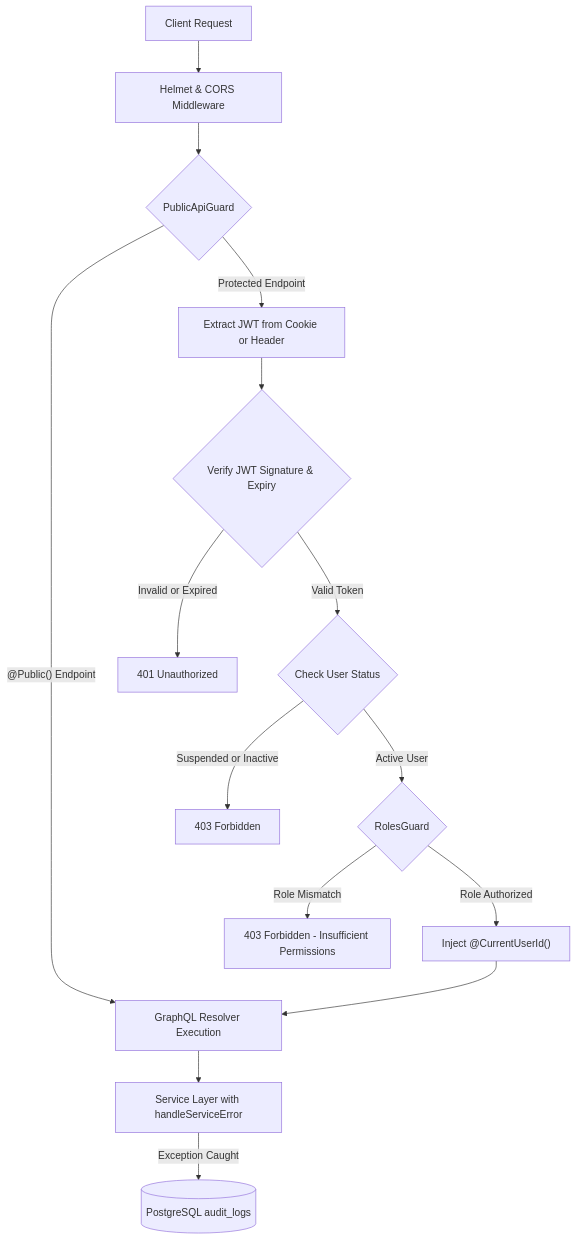
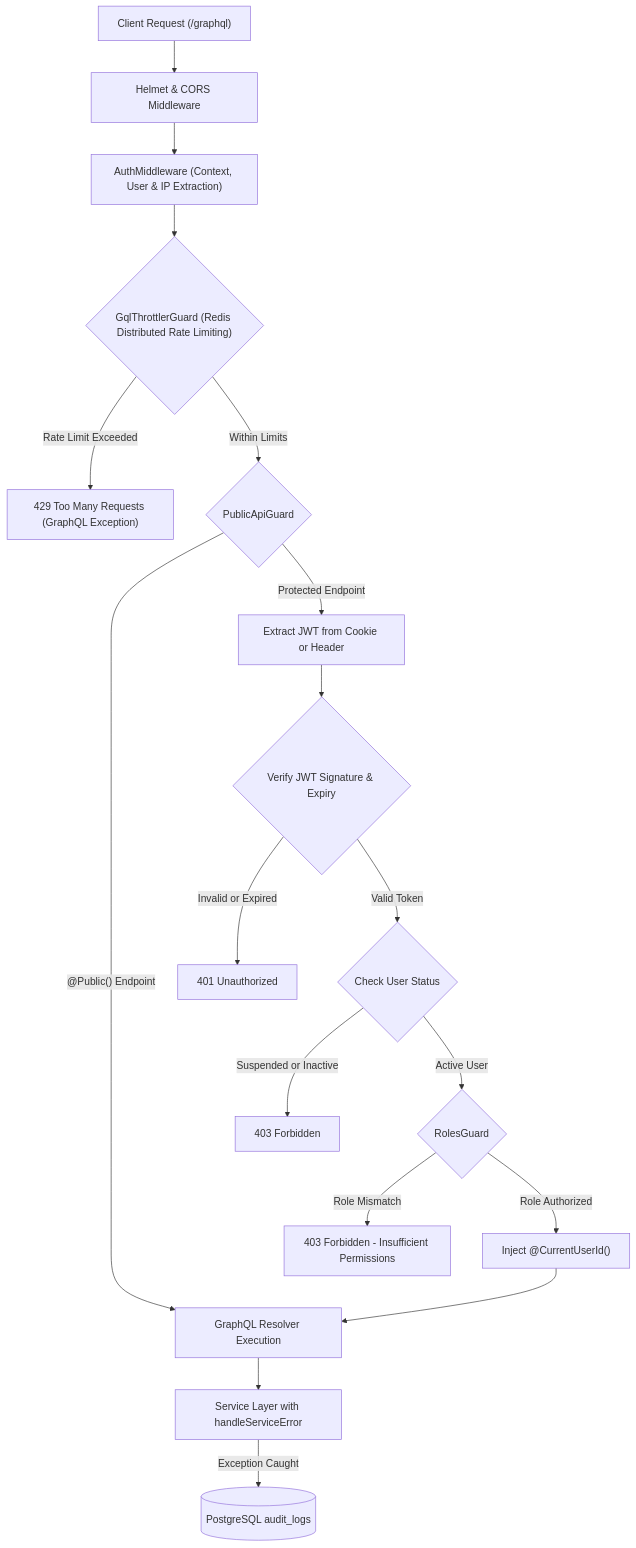
Before and after one commit to yes-20sh/Amrutam-API: the second of 5 diagrams in api/README.md, drawn with Mermaid. The commit also changed other lines of this file and 1 other file, not shown here.

Commit message:
docs: add comprehensive API documentation and update project highlights in README

````diff
--- a/api/README.md
+++ b/api/README.md
@@ -376,17 +377,20 @@
 ```mermaid
 graph TD
-    Client["Client Request"] --> Helmet["Helmet & CORS Middleware"]
-    Helmet --> PublicGuard{"PublicApiGuard"}
+    Client["Client Request (/graphql)"] --> Helmet["Helmet & CORS Middleware"]
+    Helmet --> AuthMiddleware["AuthMiddleware (Context, User & IP Extraction)"]
+    AuthMiddleware --> ThrottlerGuard{"GqlThrottlerGuard (Redis Distributed Rate Limiting)"}
+    ThrottlerGuard -->|"Rate Limit Exceeded"| Err429["429 Too Many Requests (GraphQL Exception)"]
+    ThrottlerGuard -->|"Within Limits"| PublicGuard{"PublicApiGuard"}
     PublicGuard -->|"@Public() Endpoint"| Resolver["GraphQL Resolver Execution"]
     PublicGuard -->|"Protected Endpoint"| TokenExtract["Extract JWT from Cookie or Header"]
     TokenExtract --> JWTVerify{"Verify JWT Signature & Expiry"}
     JWTVerify -->|"Invalid or Expired"| Err401["401 Unauthorized"]
     JWTVerify -->|"Valid Token"| UserStatusCheck{"Check User Status"}
     UserStatusCheck -->|"Suspended or Inactive"| Err403["403 Forbidden"]
     UserStatusCheck -->|"Active User"| RolesGuard{"RolesGuard"}
     RolesGuard -->|"Role Mismatch"| ErrRole["403 Forbidden - Insufficient Permissions"]
     RolesGuard -->|"Role Authorized"| Decorator["Inject @CurrentUserId()"]
     Decorator --> Resolver
     Resolver --> Service["Service Layer with handleServiceError"]
     Service -->|"Exception Caught"| AuditLog[("PostgreSQL audit_logs")]
 ```
````
